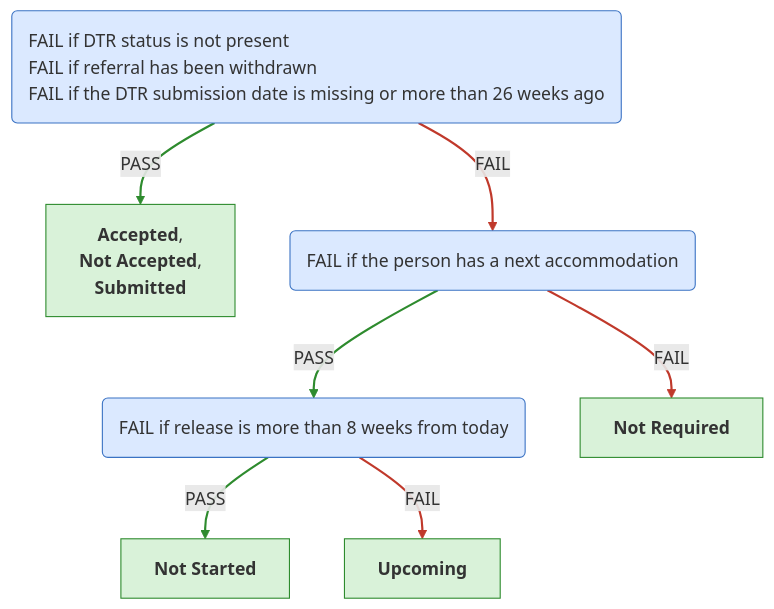
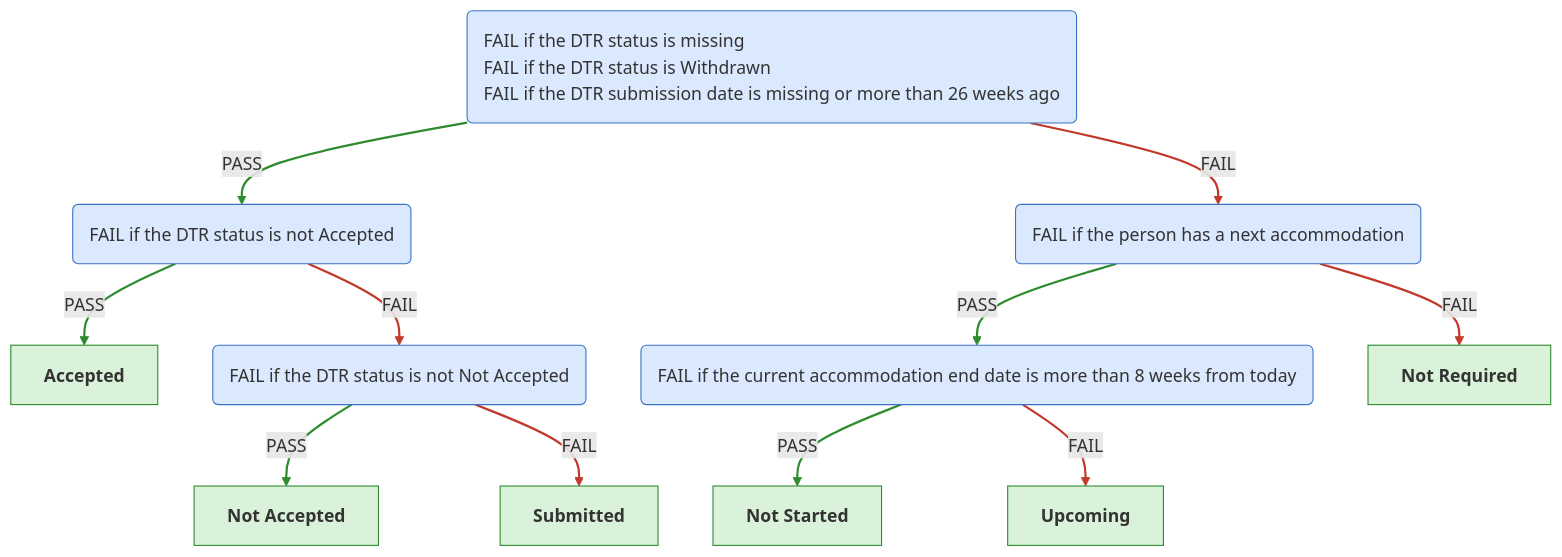
One commit to ministryofjustice/hmpps-single-accommodation-service-api changed the fifth of 6 diagrams in docs/eligibility-rules-graph.md. Above: the diagram before and after it, drawn with Mermaid. The commit also changed other lines of this file and 17 other files, not shown here.

Commit message:
chore/SAS-1569-Split-context-updater-statuses-DTR

````diff
--- a/docs/eligibility-rules-graph.md
+++ b/docs/eligibility-rules-graph.md
@@ -709,28 +709,34 @@
 ```mermaid
 %%{init: {"flowchart": {"wrappingWidth": 800}}}%%
 flowchart TD
-  DTR("<div style='text-align:left'>FAIL if DTR status is not present
-FAIL if referral has been withdrawn
+  PASS_if_the_DTR_status_is_present_and_not_Withdrawn__and_the_DTR_was_submitted_in_the_last_26_weeks("<div style='text-align:left'>FAIL if the DTR status is missing
+FAIL if the DTR status is Withdrawn
 FAIL if the DTR submission date is missing or more than 26 weeks ago</div>")
-  outcome_DtrActiveContextUpdater["<b>Accepted</b>,
- <b>Not Accepted</b>,
- <b>Submitted</b>"]
+  PASS_if_the_DTR_status_is_Accepted("<div style='text-align:left'>FAIL if the DTR status is not Accepted</div>")
+  DTR_ACCEPTED["<b>Accepted</b>"]
+  PASS_if_the_DTR_status_is_Not_Accepted("<div style='text-align:left'>FAIL if the DTR status is not Not Accepted</div>")
+  DTR_NOT_ACCEPTED["<b>Not Accepted</b>"]
+  DTR_SUBMITTED["<b>Submitted</b>"]
   PASS_if_the_person_has_no_next_accommodation("<div style='text-align:left'>FAIL if the person has a next accommodation</div>")
-  Release_Within_8_Weeks("<div style='text-align:left'>FAIL if release is more than 8 weeks from today</div>")
+  PASS_if_the_current_accommodation_end_date_is_missing_or_within_8_weeks_of_today("<div style='text-align:left'>FAIL if the current accommodation end date is more than 8 weeks from today</div>")
   DTR_NOT_STARTED["<b>Not Started</b>"]
   outcome_DtrUpcomingContextUpdater["<b>Upcoming</b>"]
   DTR_NOT_REQUIRED["<b>Not Required</b>"]
-  DTR -->|PASS| outcome_DtrActiveContextUpdater
-  Release_Within_8_Weeks -->|PASS| DTR_NOT_STARTED
-  Release_Within_8_Weeks -->|FAIL| outcome_DtrUpcomingContextUpdater
-  PASS_if_the_person_has_no_next_accommodation -->|PASS| Release_Within_8_Weeks
+  PASS_if_the_DTR_status_is_Accepted -->|PASS| DTR_ACCEPTED
+  PASS_if_the_DTR_status_is_Not_Accepted -->|PASS| DTR_NOT_ACCEPTED
+  PASS_if_the_DTR_status_is_Not_Accepted -->|FAIL| DTR_SUBMITTED
+  PASS_if_the_DTR_status_is_Accepted -->|FAIL| PASS_if_the_DTR_status_is_Not_Accepted
+  PASS_if_the_DTR_status_is_present_and_not_Withdrawn__and_the_DTR_was_submitted_in_the_last_26_weeks -->|PASS| PASS_if_the_DTR_status_is_Accepted
+  PASS_if_the_current_accommodation_end_date_is_missing_or_within_8_weeks_of_today -->|PASS| DTR_NOT_STARTED
+  PASS_if_the_current_accommodation_end_date_is_missing_or_within_8_weeks_of_today -->|FAIL| outcome_DtrUpcomingContextUpdater
+  PASS_if_the_person_has_no_next_accommodation -->|PASS| PASS_if_the_current_accommodation_end_date_is_missing_or_within_8_weeks_of_today
   PASS_if_the_person_has_no_next_accommodation -->|FAIL| DTR_NOT_REQUIRED
-  DTR -->|FAIL| PASS_if_the_person_has_no_next_accommodation
-  linkStyle 0,1,3 stroke:#2e8b2e,stroke-width:2px
-  linkStyle 2,4,5 stroke:#c0392b,stroke-width:2px
+  PASS_if_the_DTR_status_is_present_and_not_Withdrawn__and_the_DTR_was_submitted_in_the_last_26_weeks -->|FAIL| PASS_if_the_person_has_no_next_accommodation
+  linkStyle 0,1,4,5,7 stroke:#2e8b2e,stroke-width:2px
+  linkStyle 2,3,6,8,9 stroke:#c0392b,stroke-width:2px
   classDef ruleSetNode fill:#dbe9ff,stroke:#3b73c4,color:#333
   classDef outcomeNode fill:#d9f2d9,stroke:#2e8b2e,color:#333
   classDef updaterNode fill:#fff2cc,stroke:#c99a00,color:#333
-  class DTR,PASS_if_the_person_has_no_next_accommodation,Release_Within_8_Weeks ruleSetNode
-  class outcome_DtrActiveContextUpdater,DTR_NOT_STARTED,outcome_DtrUpcomingContextUpdater,DTR_NOT_REQUIRED outcomeNode
+  class PASS_if_the_DTR_status_is_present_and_not_Withdrawn__and_the_DTR_was_submitted_in_the_last_26_weeks,PASS_if_the_DTR_status_is_Accepted,PASS_if_the_DTR_status_is_Not_Accepted,PASS_if_the_person_has_no_next_accommodation,PASS_if_the_current_accommodation_end_date_is_missing_or_within_8_weeks_of_today ruleSetNode
+  class DTR_ACCEPTED,DTR_NOT_ACCEPTED,DTR_SUBMITTED,DTR_NOT_STARTED,outcome_DtrUpcomingContextUpdater,DTR_NOT_REQUIRED outcomeNode
 ```
````
